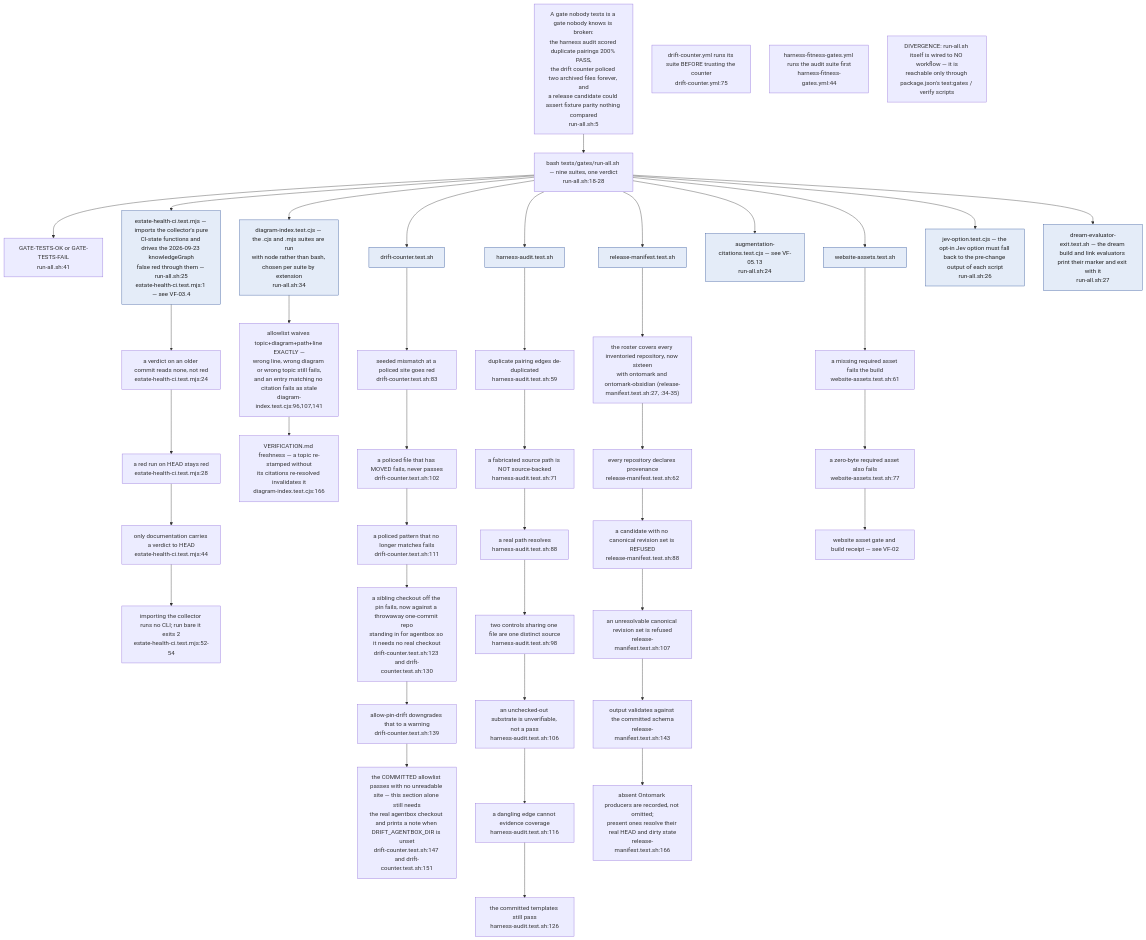
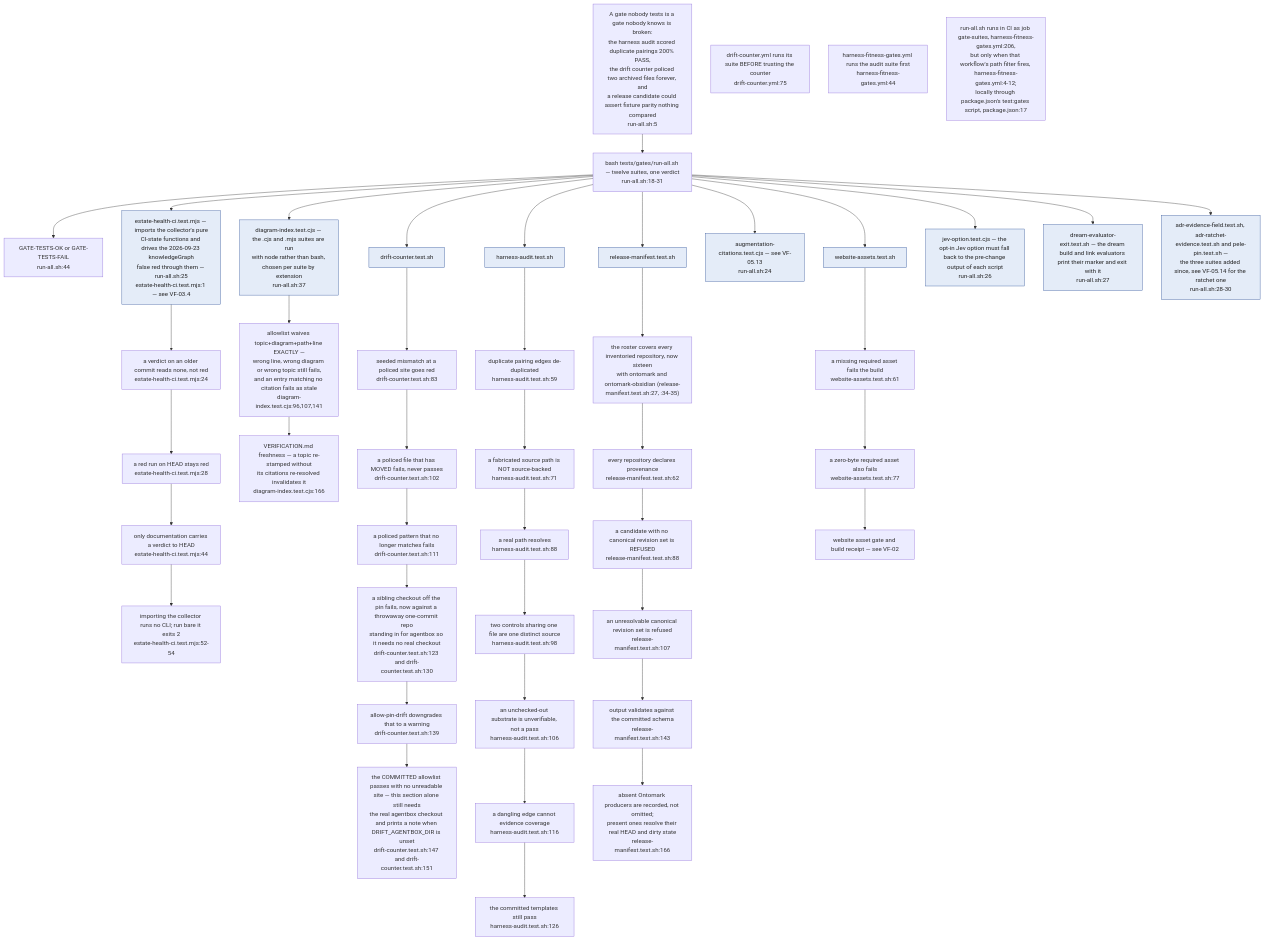
The tenth of 13 diagrams in docs/diagrams/visionflow/05-governance-gates.md (DreamLab-AI/VisionFlow), drawn with Mermaid before and after one commit. The commit also changed other lines of this file and 91 other files, not shown here.

````diff
--- a/docs/diagrams/visionflow/05-governance-gates.md
+++ b/docs/diagrams/visionflow/05-governance-gates.md
@@ -427,56 +435,57 @@
 ```mermaid
 flowchart TB
     classDef suite fill:#e4ecf8,stroke:#33559a,color:#222
 
     WHY["A gate nobody tests is a gate nobody knows is broken:<br/>the harness audit scored duplicate pairings 200% PASS,<br/>the drift counter policed two archived files forever, and<br/>a release candidate could assert fixture parity nothing compared<br/>run-all.sh:5"]
 
-    WHY --> RUN["bash tests/gates/run-all.sh — nine suites, one verdict<br/>run-all.sh:18-28"]
-    RUN --> PRINT["GATE-TESTS-OK or GATE-TESTS-FAIL<br/>run-all.sh:41"]
+    WHY --> RUN["bash tests/gates/run-all.sh — twelve suites, one verdict<br/>run-all.sh:18-31"]
+    RUN --> PRINT["GATE-TESTS-OK or GATE-TESTS-FAIL<br/>run-all.sh:44"]
 
     RUN --> S1["drift-counter.test.sh"]:::suite
     RUN --> S2["harness-audit.test.sh"]:::suite
     RUN --> S3["release-manifest.test.sh"]:::suite
     RUN --> S4["website-assets.test.sh"]:::suite
-    RUN --> S5["diagram-index.test.cjs — the .cjs and .mjs suites are run<br/>with node rather than bash, chosen per suite by extension<br/>run-all.sh:34"]:::suite
+    RUN --> S5["diagram-index.test.cjs — the .cjs and .mjs suites are run<br/>with node rather than bash, chosen per suite by extension<br/>run-all.sh:37"]:::suite
     RUN --> S6["augmentation-citations.test.cjs — see VF-05.13<br/>run-all.sh:24"]:::suite
     RUN --> S7["estate-health-ci.test.mjs — imports the collector's pure<br/>CI-state functions and drives the 2026-09-23 knowledgeGraph<br/>false red through them — run-all.sh:25<br/>estate-health-ci.test.mjs:1 — see VF-03.4"]:::suite
     RUN --> S8["jev-option.test.cjs — the opt-in Jev option must fall back to the pre-change output of each script<br/>run-all.sh:26"]:::suite
     RUN --> S9["dream-evaluator-exit.test.sh — the dream build and link evaluators print their marker and exit with it<br/>run-all.sh:27"]:::suite
+    RUN --> S10["adr-evidence-field.test.sh, adr-ratchet-evidence.test.sh and pele-pin.test.sh —<br/>the three suites added since, see VF-05.14 for the ratchet one<br/>run-all.sh:28-30"]:::suite
     S7 --> E1["a verdict on an older commit reads none, not red<br/>estate-health-ci.test.mjs:24"]
     E1 --> E2["a red run on HEAD stays red<br/>estate-health-ci.test.mjs:28"]
     E2 --> E3["only documentation carries a verdict to HEAD<br/>estate-health-ci.test.mjs:44"]
     E3 --> E4["importing the collector runs no CLI; run bare it exits 2<br/>estate-health-ci.test.mjs:52-54"]
 
     S5 --> DI1["allowlist waives topic+diagram+path+line EXACTLY —<br/>wrong line, wrong diagram or wrong topic still fails,<br/>and an entry matching no citation fails as stale<br/>diagram-index.test.cjs:96,107,141"]
     DI1 --> DI2["VERIFICATION.md freshness — a topic re-stamped without<br/>its citations re-resolved invalidates it<br/>diagram-index.test.cjs:166"]
 
     S1 --> D1["seeded mismatch at a policed site goes red<br/>drift-counter.test.sh:83"]
     D1 --> D2["a policed file that has MOVED fails, never passes<br/>drift-counter.test.sh:102"]
     D2 --> D3["a policed pattern that no longer matches fails<br/>drift-counter.test.sh:111"]
     D3 --> D4["a sibling checkout off the pin fails, now against a throwaway one-commit repo<br/>standing in for agentbox so it needs no real checkout<br/>drift-counter.test.sh:123 and drift-counter.test.sh:130"]
     D4 --> D5["allow-pin-drift downgrades that to a warning<br/>drift-counter.test.sh:139"]
     D5 --> D6["the COMMITTED allowlist passes with no unreadable site — this section alone still needs<br/>the real agentbox checkout and prints a note when DRIFT_AGENTBOX_DIR is unset<br/>drift-counter.test.sh:147 and drift-counter.test.sh:151"]
 
     S2 --> H1["duplicate pairing edges de-duplicated<br/>harness-audit.test.sh:59"]
     H1 --> H2["a fabricated source path is NOT source-backed<br/>harness-audit.test.sh:71"]
     H2 --> H3["a real path resolves<br/>harness-audit.test.sh:88"]
     H3 --> H4["two controls sharing one file are one distinct source<br/>harness-audit.test.sh:98"]
     H4 --> H5["an unchecked-out substrate is unverifiable, not a pass<br/>harness-audit.test.sh:106"]
     H5 --> H6["a dangling edge cannot evidence coverage<br/>harness-audit.test.sh:116"]
     H6 --> H7["the committed templates still pass<br/>harness-audit.test.sh:126"]
 
     S3 --> R1["the roster covers every inventoried repository, now sixteen<br/>with ontomark and ontomark-obsidian (release-manifest.test.sh:27, :34-35)"]
     R1 --> R2["every repository declares provenance<br/>release-manifest.test.sh:62"]
     R2 --> R3["a candidate with no canonical revision set is REFUSED<br/>release-manifest.test.sh:88"]
     R3 --> R4["an unresolvable canonical revision set is refused<br/>release-manifest.test.sh:107"]
     R4 --> R5["output validates against the committed schema<br/>release-manifest.test.sh:143"]
     R5 --> R6["absent Ontomark producers are recorded, not omitted;<br/>present ones resolve their real HEAD and dirty state<br/>release-manifest.test.sh:166"]
 
     S4 --> W1["a missing required asset fails the build<br/>website-assets.test.sh:61"]
     W1 --> W2["a zero-byte required asset also fails<br/>website-assets.test.sh:77"]
     W2 --> WX["website asset gate and build receipt — see VF-02"]
 
     CI1["drift-counter.yml runs its suite BEFORE trusting the counter<br/>drift-counter.yml:75"]
     CI2["harness-fitness-gates.yml runs the audit suite first<br/>harness-fitness-gates.yml:44"]
-    CI3["DIVERGENCE: run-all.sh itself is wired to NO workflow — it is<br/>reachable only through package.json's test:gates / verify scripts"]
+    CI3["run-all.sh runs in CI as job gate-suites, harness-fitness-gates.yml:206,<br/>but only when that workflow's path filter fires, harness-fitness-gates.yml:4-12;<br/>locally through package.json's test:gates script, package.json:17"]
 ```
````
